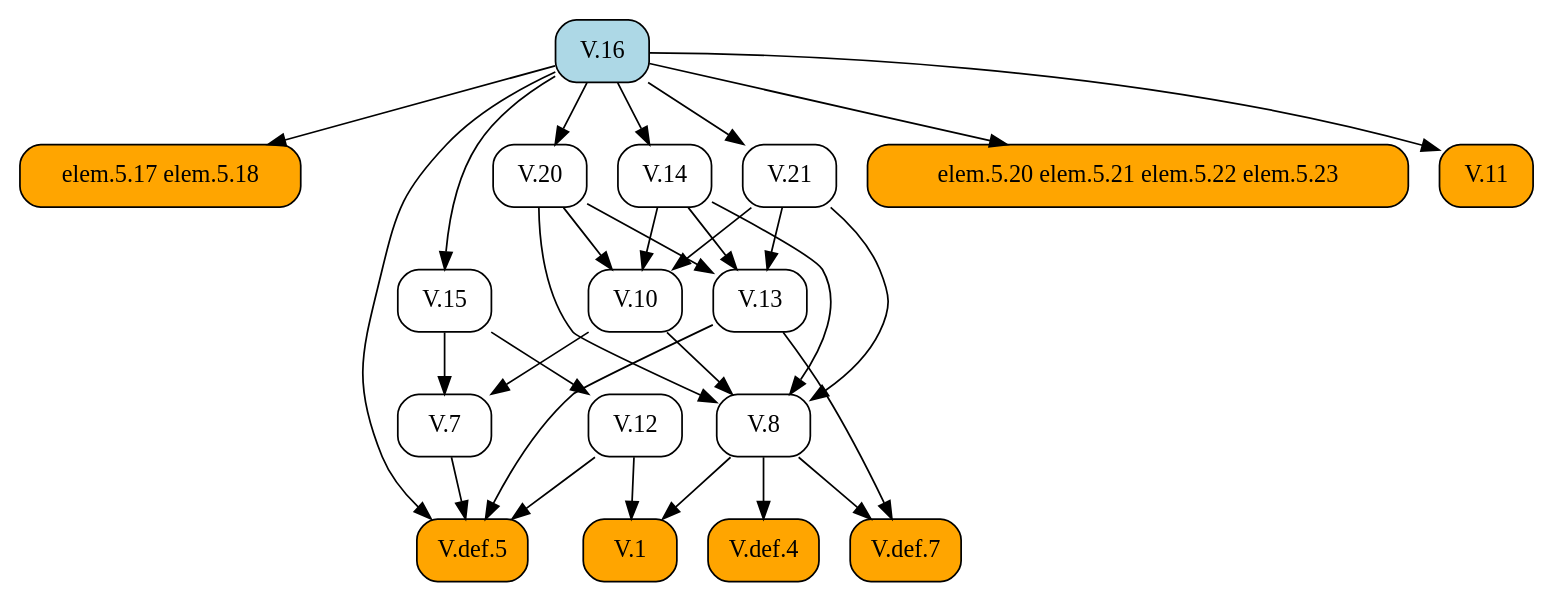
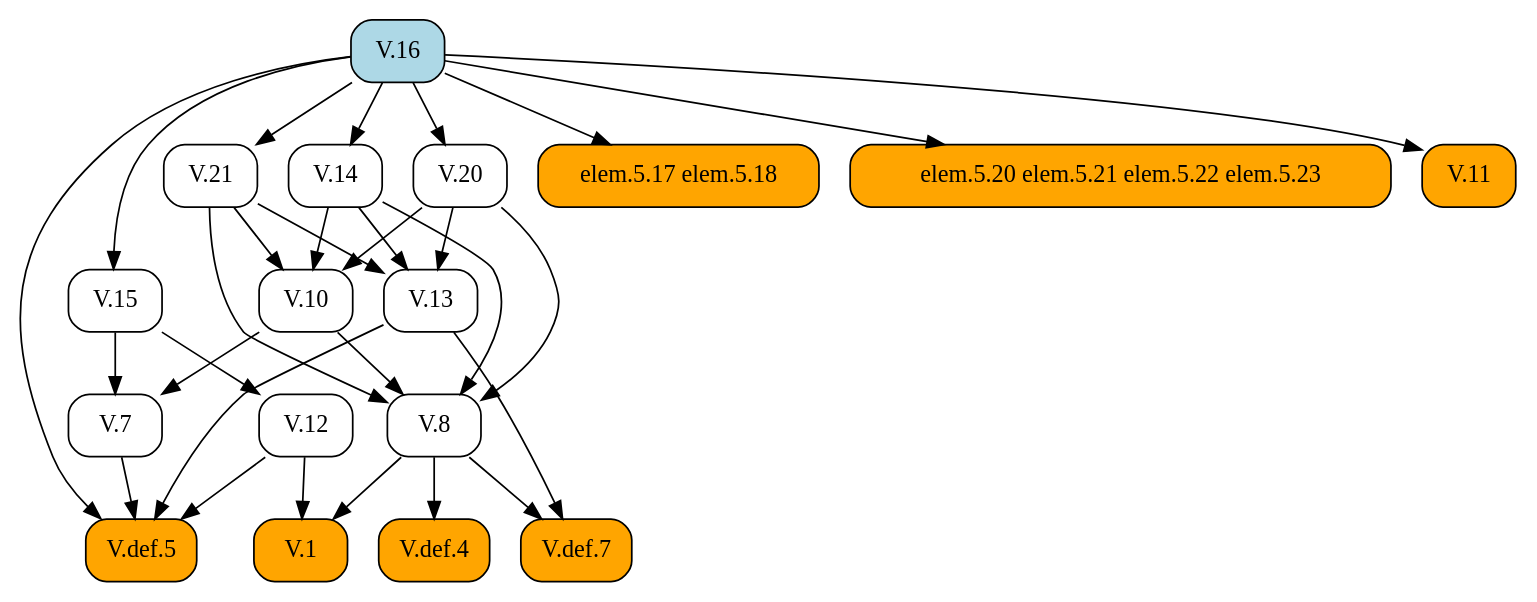
The diagram in docsrc/elements2/V/16/index.rst (geometor/elements), drawn with Graphviz before and after one commit. The commit also changed other lines of this file and 171 other files, not shown here.

```diff
--- a/docsrc/elements2/V/16/index.rst
+++ b/docsrc/elements2/V/16/index.rst
@@ -57,52 +57,52 @@
 .. graphviz::
 
    digraph {
      rankdir="TB";
      node [shape=box, style=rounded];
+     "V.20" [URL="/elements2/V/20/", target="_top"];
+     "V.14" [URL="/elements2/V/14/", target="_top"];
+     "V.10" [URL="/elements2/V/10/", target="_top"];
+     "V.def.5" [style="rounded,filled", fillcolor=orange, URL="/elements2/V/def.5/", target="_top"];
+     "V.def.4" [style="rounded,filled", fillcolor=orange, URL="/elements2/V/def.4/", target="_top"];
+     "V.1" [style="rounded,filled", fillcolor=orange, URL="/elements2/V/1/", target="_top"];
+     "V.7" [URL="/elements2/V/7/", target="_top"];
+     "V.13" [URL="/elements2/V/13/", target="_top"];
+     "V.12" [URL="/elements2/V/12/", target="_top"];
+     "V.21" [URL="/elements2/V/21/", target="_top"];
      "elem.5.17 elem.5.18" [style="rounded,filled", fillcolor=orange];
-     "V.1" [style="rounded,filled", fillcolor=orange, URL="/elements2/V/1/", target="_top"];
+     "elem.5.20 elem.5.21 elem.5.22 elem.5.23" [style="rounded,filled", fillcolor=orange];
+     "V.11" [style="rounded,filled", fillcolor=orange, URL="/elements2/V/11/", target="_top"];
      "V.16" [style="rounded,filled", fillcolor=lightblue, URL="/elements2/V/16/", target="_top"];
-     "V.7" [URL="/elements2/V/7/", target="_top"];
-     "V.21" [URL="/elements2/V/21/", target="_top"];
-     "elem.5.20 elem.5.21 elem.5.22 elem.5.23" [style="rounded,filled", fillcolor=orange];
-     "V.def.5" [style="rounded,filled", fillcolor=orange, URL="/elements2/V/def.5/", target="_top"];
-     "V.def.7" [style="rounded,filled", fillcolor=orange, URL="/elements2/V/def.7/", target="_top"];
-     "V.def.4" [style="rounded,filled", fillcolor=orange, URL="/elements2/V/def.4/", target="_top"];
-     "V.11" [style="rounded,filled", fillcolor=orange, URL="/elements2/V/11/", target="_top"];
-     "V.10" [URL="/elements2/V/10/", target="_top"];
-     "V.12" [URL="/elements2/V/12/", target="_top"];
-     "V.13" [URL="/elements2/V/13/", target="_top"];
-     "V.14" [URL="/elements2/V/14/", target="_top"];
      "V.15" [URL="/elements2/V/15/", target="_top"];
      "V.8" [URL="/elements2/V/8/", target="_top"];
-     "V.20" [URL="/elements2/V/20/", target="_top"];
-     "V.16" -> "elem.5.17 elem.5.18";
+     "V.def.7" [style="rounded,filled", fillcolor=orange, URL="/elements2/V/def.7/", target="_top"];
+     "V.16" -> "V.20";
+     "V.16" -> "V.14";
+     "V.14" -> "V.10";
+     "V.20" -> "V.10";
+     "V.21" -> "V.10";
+     "V.7" -> "V.def.5";
+     "V.12" -> "V.def.5";
+     "V.13" -> "V.def.5";
+     "V.16" -> "V.def.5";
+     "V.8" -> "V.def.4";
      "V.8" -> "V.1";
      "V.12" -> "V.1";
      "V.10" -> "V.7";
      "V.15" -> "V.7";
-     "V.16" -> "V.21";
-     "V.16" -> "elem.5.20 elem.5.21 elem.5.22 elem.5.23";
-     "V.7" -> "V.def.5";
-     "V.12" -> "V.def.5";
-     "V.13" -> "V.def.5";
-     "V.16" -> "V.def.5";
-     "V.8" -> "V.def.7";
-     "V.13" -> "V.def.7";
-     "V.8" -> "V.def.4";
-     "V.16" -> "V.11";
-     "V.14" -> "V.10";
-     "V.20" -> "V.10";
-     "V.21" -> "V.10";
-     "V.15" -> "V.12";
      "V.14" -> "V.13";
      "V.20" -> "V.13";
      "V.21" -> "V.13";
-     "V.16" -> "V.14";
+     "V.15" -> "V.12";
+     "V.16" -> "V.21";
+     "V.16" -> "elem.5.17 elem.5.18";
+     "V.16" -> "elem.5.20 elem.5.21 elem.5.22 elem.5.23";
+     "V.16" -> "V.11";
      "V.16" -> "V.15";
      "V.10" -> "V.8";
      "V.14" -> "V.8";
      "V.20" -> "V.8";
      "V.21" -> "V.8";
-     "V.16" -> "V.20";
+     "V.8" -> "V.def.7";
+     "V.13" -> "V.def.7";
    }
```
